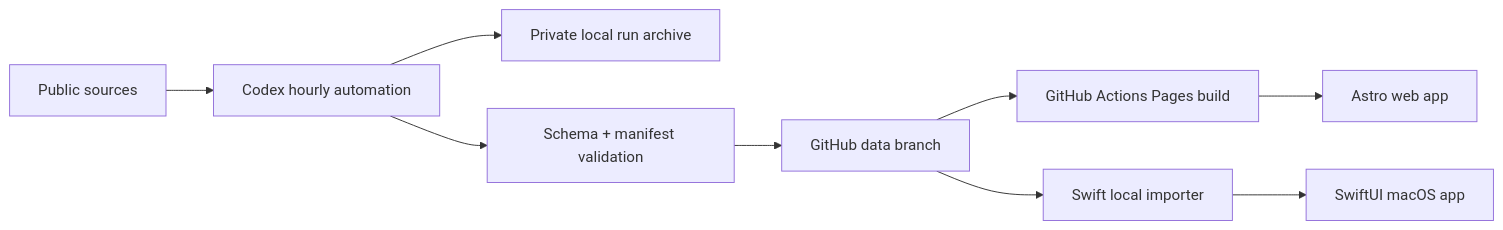
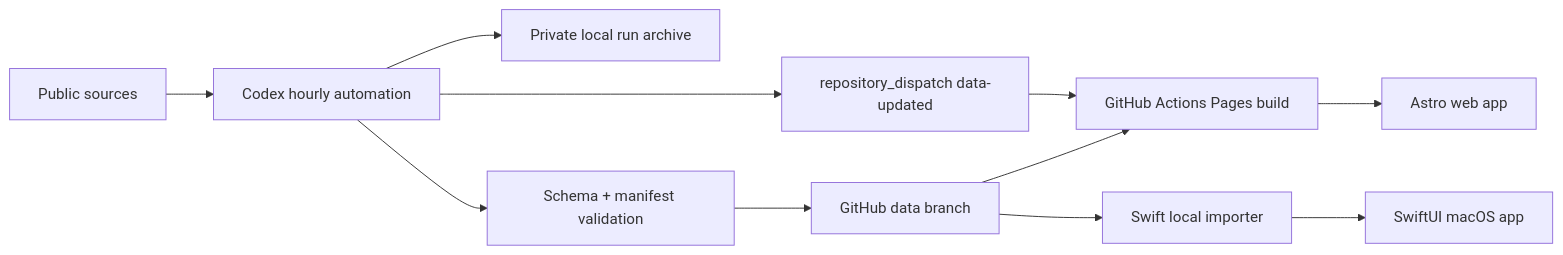
Before and after one commit to ABromide/daily-report-app: the diagram in docs/architecture.md, drawn with Mermaid. The commit also changed other lines of this file and 5 other files, not shown here.

````diff
--- a/docs/architecture.md
+++ b/docs/architecture.md
@@ -22,11 +40,13 @@
 ```mermaid
 flowchart LR
   Sources["Public sources"] --> Codex["Codex hourly automation"]
   Codex --> LocalArchive["Private local run archive"]
   Codex --> Validator["Schema + manifest validation"]
   Validator --> DataBranch["GitHub data branch"]
   DataBranch --> Pages["GitHub Actions Pages build"]
+  Codex --> Dispatch["repository_dispatch data-updated"]
+  Dispatch --> Pages
   DataBranch --> MacSync["Swift local importer"]
   Pages --> Web["Astro web app"]
   MacSync --> Mac["SwiftUI macOS app"]
 ```
````
